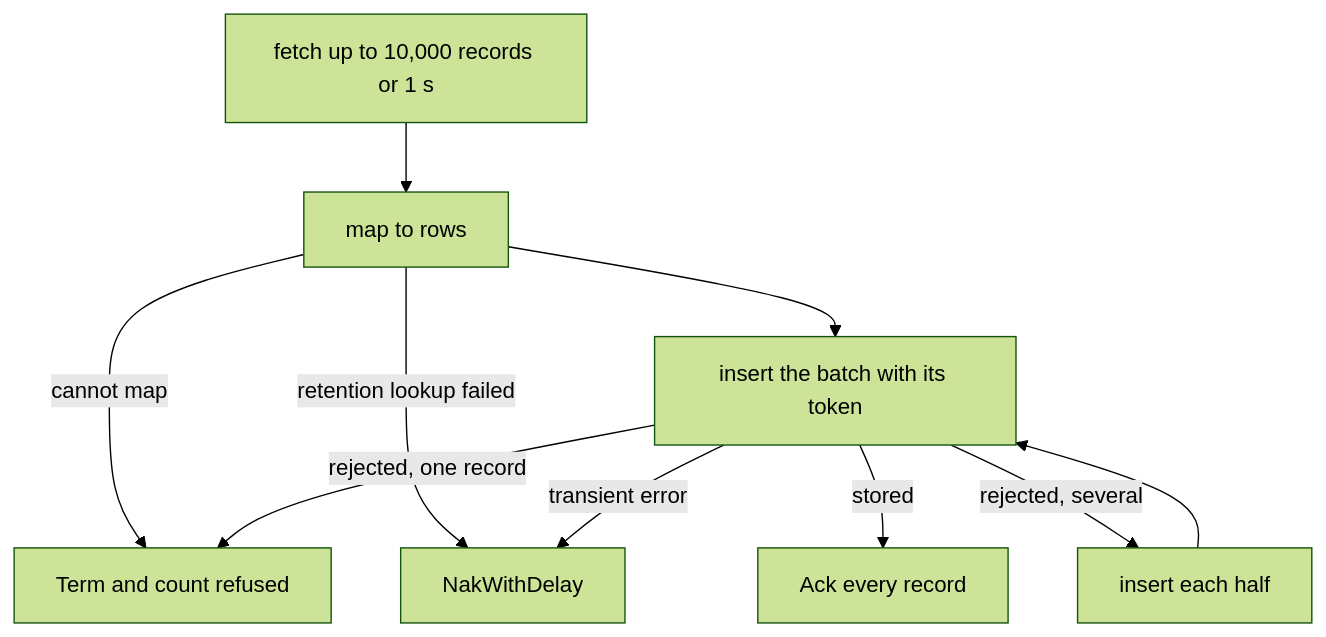
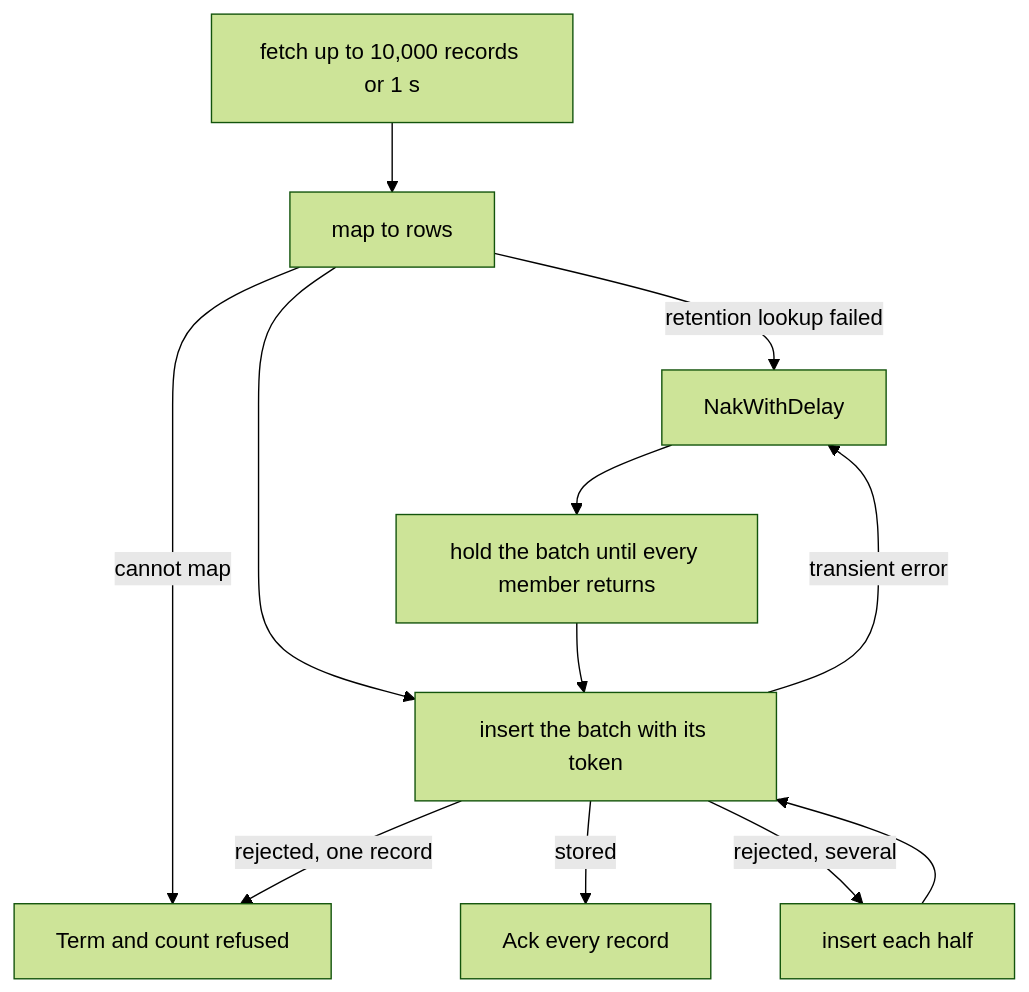
One commit to Aledantee/FlowSeer changed the first of 2 diagrams in src/services/device/internal/historysink/README.md. Above: the diagram before and after it, drawn with Mermaid (forest theme). The commit also changed other lines of this file and 7 other files, not shown here.

````diff
--- a/src/services/device/internal/historysink/README.md
+++ b/src/services/device/internal/historysink/README.md
@@ -28,12 +33,14 @@
 ```mermaid
 flowchart TD
     F[fetch up to 10,000 records or 1 s] --> M[map to rows]
     M -- cannot map --> T[Term and count refused]
     M -- retention lookup failed --> N[NakWithDelay]
     M --> I[insert the batch with its token]
     I -- stored --> A[Ack every record]
     I -- transient error --> N
+    N --> H[hold the batch until every member returns]
+    H --> I
     I -- rejected, one record --> T
     I -- rejected, several --> S[insert each half]
     S --> I
 ```
````
